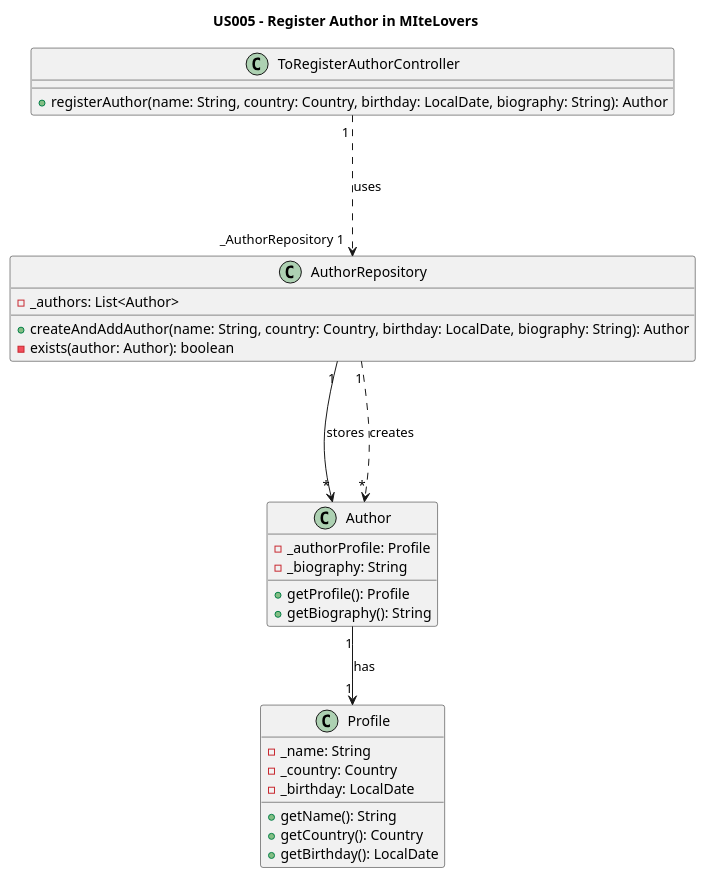
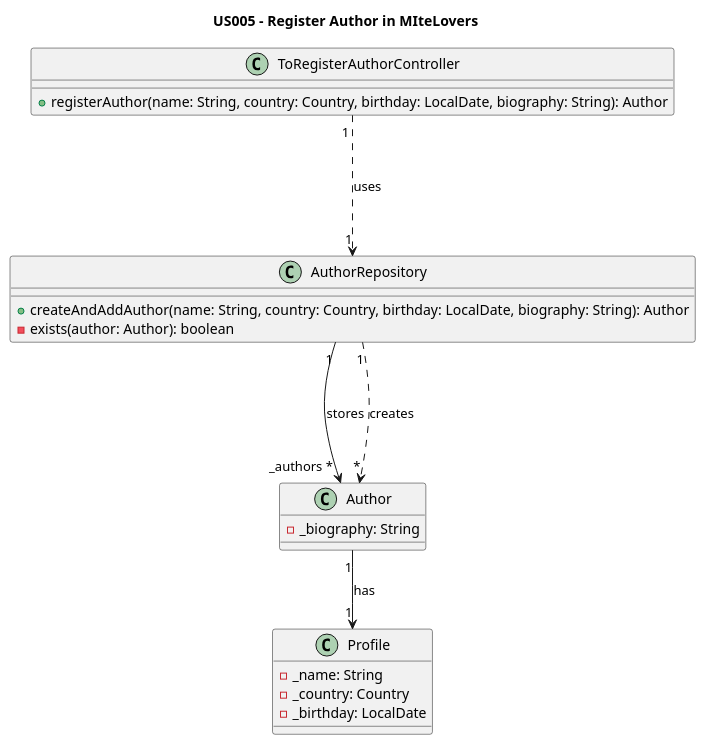
The diagram in Diagrams/ClassDiagrams/US005-to-register-an-author-in-MiteLovers.puml (AndrePereiraGitH/SWitCH-Project-Team_A), drawn with PlantUML before and after one commit. The commit also changed 2 other files, not shown here.

```diff
--- a/Diagrams/ClassDiagrams/US005-to-register-an-author-in-MiteLovers.puml
+++ b/Diagrams/ClassDiagrams/US005-to-register-an-author-in-MiteLovers.puml
@@ -1,35 +1,30 @@
 @startuml
 title US005 - Register Author in MIteLovers
 
 class ToRegisterAuthorController {
   +registerAuthor(name: String, country: Country, birthday: LocalDate, biography: String): Author
 }
 
 class AuthorRepository {
-  -_authors: List<Author>
   +createAndAddAuthor(name: String, country: Country, birthday: LocalDate, biography: String): Author
+  /'NO NEED FOR THIS US +getAllAuthors()'/
   -exists(author: Author): boolean
 }
 
 class Author {
-  -_authorProfile: Profile
   -_biography: String
-  +getProfile(): Profile
-  +getBiography(): String
 }
 
 class Profile {
   -_name: String
   -_country: Country
   -_birthday: LocalDate
-  +getName(): String
-  +getCountry(): Country
-  +getBirthday(): LocalDate
+
 }
 
-ToRegisterAuthorController "1 " -.-> "_AuthorRepository 1" AuthorRepository : uses
-AuthorRepository "1" --> "*" Author : stores
+ToRegisterAuthorController "1 " -.-> "1" AuthorRepository : uses
+AuthorRepository "1" --> "_authors *" Author : stores
 AuthorRepository "1" -.-> "*" Author : creates
 Author "1" --> "1" Profile : has
 
 @enduml
```
